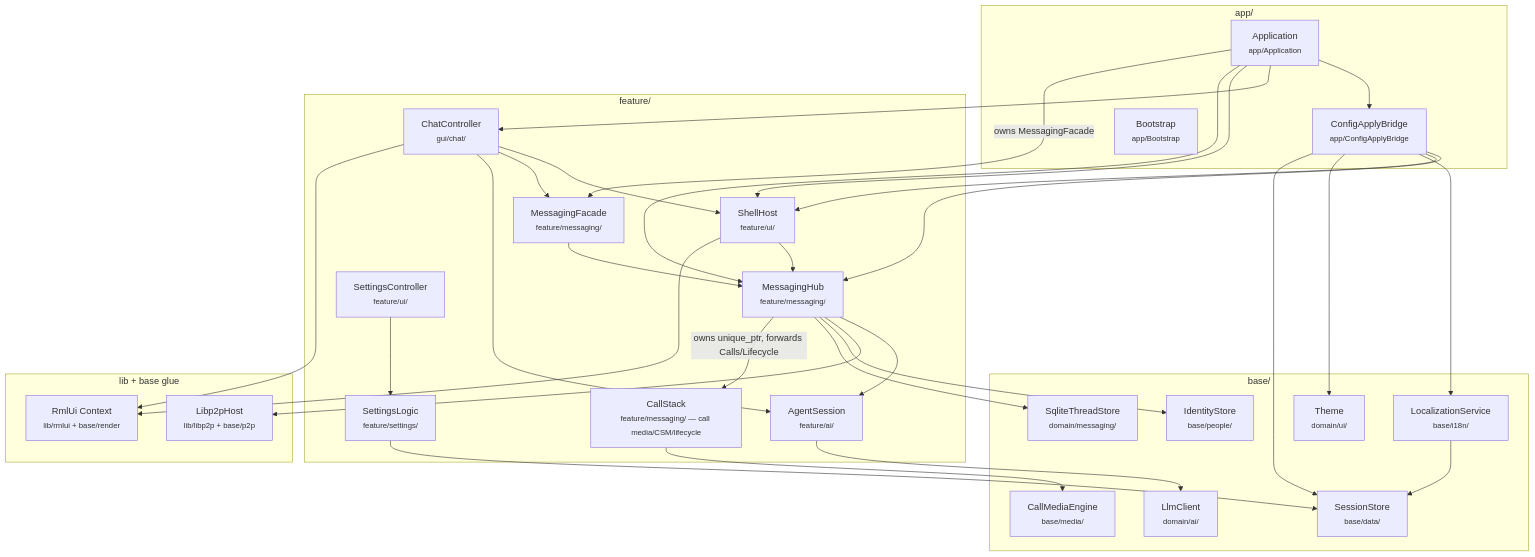
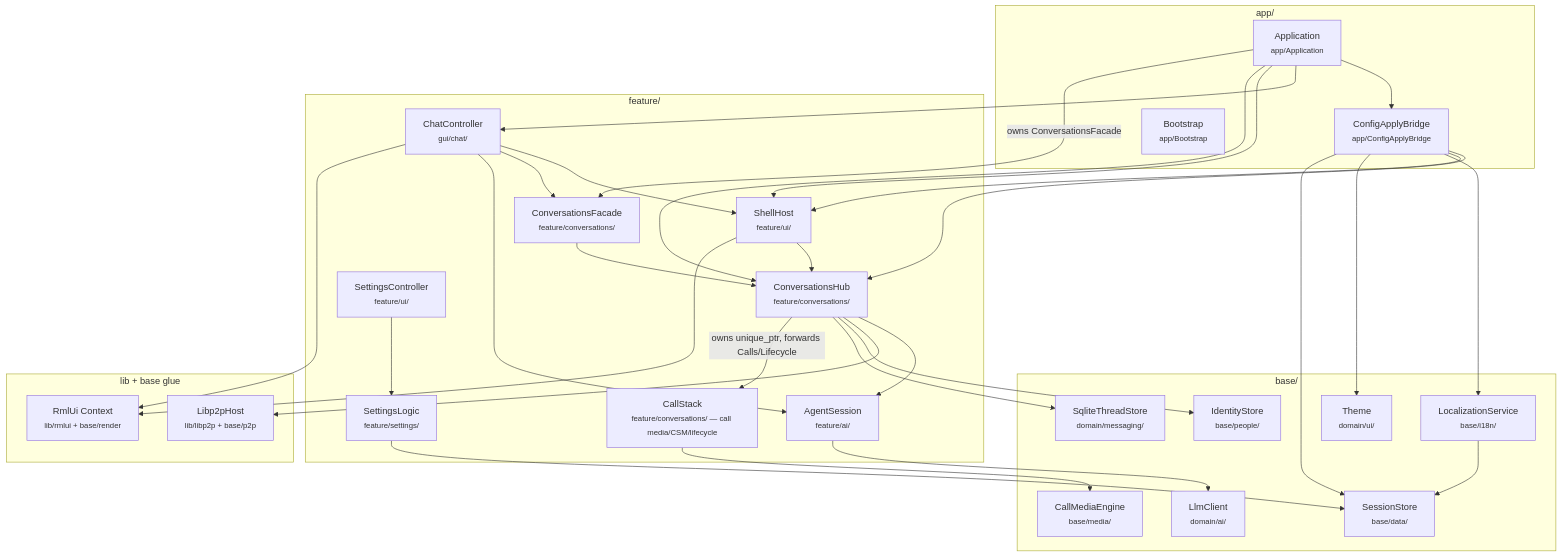
The first of 4 diagrams in docs/architecture/RUNTIME_COMPOSITION.md (people-post/pp-browser), drawn with Mermaid before and after one commit. The commit also changed other lines of this file and 280 other files, not shown here.

First line of the commit message:
refactor: rename feature/messaging to feature/conversations

````diff
--- a/docs/architecture/RUNTIME_COMPOSITION.md
+++ b/docs/architecture/RUNTIME_COMPOSITION.md
@@ -18,63 +18,63 @@
 ```mermaid
 flowchart TB
   subgraph app_layer["app/"]
     Application["Application<br/><small>app/Application</small>"]
     ConfigApplyBridge["ConfigApplyBridge<br/><small>app/ConfigApplyBridge</small>"]
     Bootstrap["Bootstrap<br/><small>app/Bootstrap</small>"]
   end
 
   subgraph feature_layer["feature/"]
     SettingsLogic["SettingsLogic<br/><small>feature/settings/</small>"]
     AgentSession["AgentSession<br/><small>feature/ai/</small>"]
-    MessagingHub["MessagingHub<br/><small>feature/messaging/</small>"]
-    CallStack["CallStack<br/><small>feature/messaging/ — call media/CSM/lifecycle</small>"]
-    MessagingFacade["MessagingFacade<br/><small>feature/messaging/</small>"]
+    ConversationsHub["ConversationsHub<br/><small>feature/conversations/</small>"]
+    CallStack["CallStack<br/><small>feature/conversations/ — call media/CSM/lifecycle</small>"]
+    ConversationsFacade["ConversationsFacade<br/><small>feature/conversations/</small>"]
     ShellHost["ShellHost<br/><small>feature/ui/</small>"]
     SettingsController["SettingsController<br/><small>feature/ui/</small>"]
     ChatController["ChatController<br/><small>gui/chat/</small>"]
   end
 
   subgraph base_layer["base/"]
     SessionStore["SessionStore<br/><small>base/data/</small>"]
     LocalizationService["LocalizationService<br/><small>base/i18n/</small>"]
     Theme["Theme<br/><small>domain/ui/</small>"]
     IdentityStore["IdentityStore<br/><small>base/people/</small>"]
     ThreadStore["SqliteThreadStore<br/><small>domain/messaging/</small>"]
     LlmClient["LlmClient<br/><small>domain/ai/</small>"]
     CallMediaEngine["CallMediaEngine<br/><small>base/media/</small>"]
   end
 
   subgraph libs["lib + base glue"]
     RmlUi["RmlUi Context<br/><small>lib/rmlui + base/render</small>"]
     Libp2p["Libp2pHost<br/><small>lib/libp2p + base/p2p</small>"]
   end
 
   Application --> ConfigApplyBridge
   Application --> ChatController
   Application --> ShellHost
-  Application --> MessagingHub
-  Application -->|owns MessagingFacade| MessagingFacade
-  MessagingFacade --> MessagingHub
-  ConfigApplyBridge --> MessagingHub
+  Application --> ConversationsHub
+  Application -->|owns ConversationsFacade| ConversationsFacade
+  ConversationsFacade --> ConversationsHub
+  ConfigApplyBridge --> ConversationsHub
   ConfigApplyBridge --> ShellHost
   ConfigApplyBridge --> LocalizationService
   ConfigApplyBridge --> Theme
   ConfigApplyBridge --> SessionStore
 
   ChatController --> ShellHost
-  ChatController --> MessagingFacade
+  ChatController --> ConversationsFacade
   ChatController --> AgentSession
-  ShellHost --> MessagingHub
+  ShellHost --> ConversationsHub
   SettingsController --> SettingsLogic
-  MessagingHub --> AgentSession
-  MessagingHub --> Libp2p
-  MessagingHub --> IdentityStore
-  MessagingHub --> ThreadStore
-  MessagingHub -->|owns unique_ptr, forwards Calls/Lifecycle| CallStack
+  ConversationsHub --> AgentSession
+  ConversationsHub --> Libp2p
+  ConversationsHub --> IdentityStore
+  ConversationsHub --> ThreadStore
+  ConversationsHub -->|owns unique_ptr, forwards Calls/Lifecycle| CallStack
   CallStack --> CallMediaEngine
   ShellHost --> RmlUi
   ChatController --> RmlUi
   SettingsLogic --> SessionStore
   AgentSession --> LlmClient
   LocalizationService --> SessionStore
 ```
````
